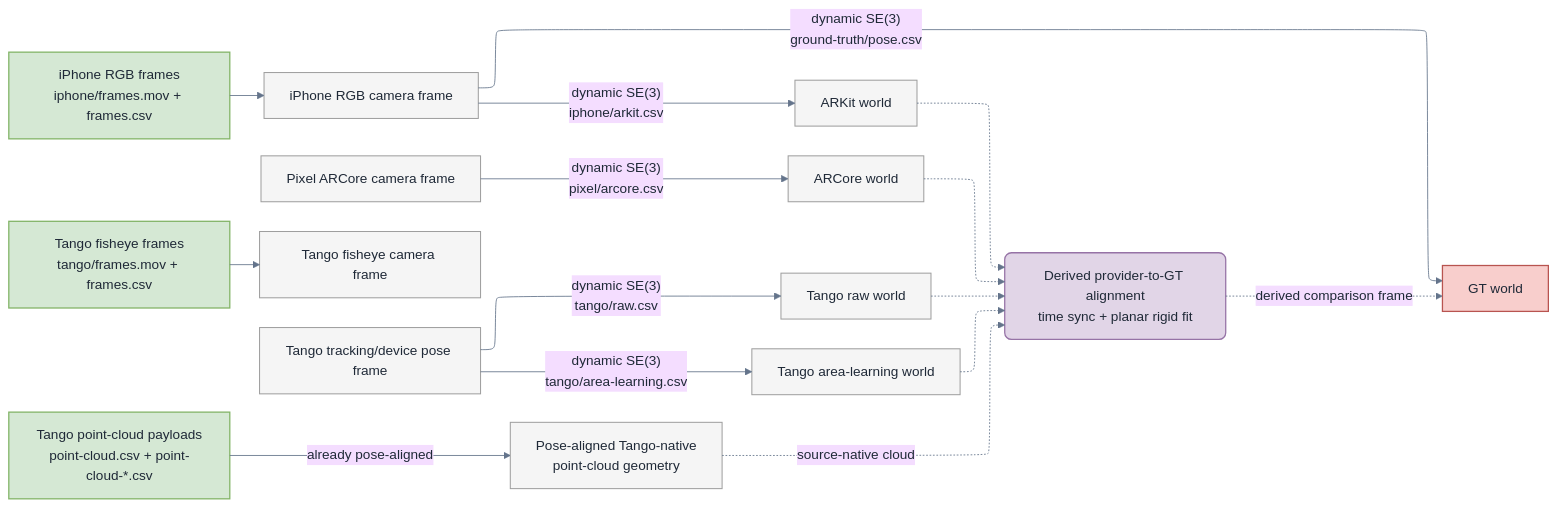
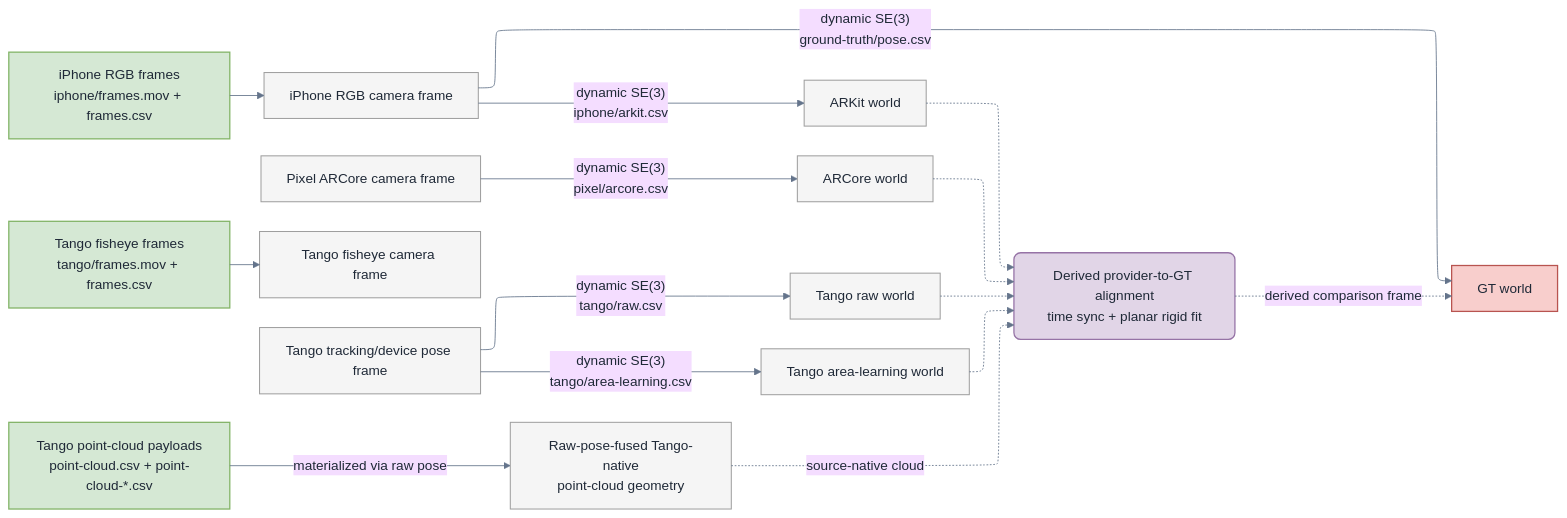
Before and after one commit to JanDuchscherer104/prml-vslam: the diagram in docs/figures/mermaid/advio-transform-tree.mmd, drawn with Mermaid. The commit also changed 13 other files, not shown here.

Commit message:
fix(advio): materialize tango clouds through raw poses

```diff
--- a/docs/figures/mermaid/advio-transform-tree.mmd
+++ b/docs/figures/mermaid/advio-transform-tree.mmd
@@ -1,65 +1,65 @@
 ---
 config:
   theme: base
   htmlLabels: true
   flowchart:
     htmlLabels: true
     nodeSpacing: 28
     rankSpacing: 44
     curve: basis
   layout: elk
   themeVariables:
     background: "#ffffff"
     fontFamily: "Inter, DejaVu Sans, Arial, sans-serif"
     fontSize: "16px"
     primaryTextColor: "#1f2937"
     lineColor: "#64748b"
   themeCSS: |
     .nodeLabel { font-size: 16px; }
     .edgeLabel { font-size: 14px; }
     .cluster-label { font-size: 16px; font-weight: 700; }
 ---
 flowchart LR
   IRGB["iPhone RGB frames<br/>iphone/frames.mov + frames.csv"]
   TRGB["Tango fisheye frames<br/>tango/frames.mov + frames.csv"]
   TPC["Tango point-cloud payloads<br/>point-cloud.csv + point-cloud-*.csv"]
 
   ICAM["iPhone RGB camera frame"]
   PCAM["Pixel ARCore camera frame"]
   TFCAM["Tango fisheye camera frame"]
   TDEV["Tango tracking/device pose frame"]
-  TPN["Pose-aligned Tango-native<br/>point-cloud geometry"]
+  TPN["Raw-pose-fused Tango-native<br/>point-cloud geometry"]
 
   GTW["GT world"]
   ARKW["ARKit world"]
   ARCW["ARCore world"]
   TRW["Tango raw world"]
   TAW["Tango area-learning world"]
   ALIGN["Derived provider-to-GT alignment<br/>time sync + planar rigid fit"]
 
   IRGB --> ICAM
   TRGB --> TFCAM
-  TPC -->|"already pose-aligned"| TPN
+  TPC -->|"materialized via raw pose"| TPN
 
   ICAM -->|"dynamic SE(3)<br/>ground-truth/pose.csv"| GTW
   ICAM -->|"dynamic SE(3)<br/>iphone/arkit.csv"| ARKW
   PCAM -->|"dynamic SE(3)<br/>pixel/arcore.csv"| ARCW
   TDEV -->|"dynamic SE(3)<br/>tango/raw.csv"| TRW
   TDEV -->|"dynamic SE(3)<br/>tango/area-learning.csv"| TAW
 
   ARKW -.-> ALIGN
   ARCW -.-> ALIGN
   TRW -.-> ALIGN
   TAW -.-> ALIGN
   TPN -.->|"source-native cloud"| ALIGN
   ALIGN -.->|"derived comparison frame"| GTW
 
   classDef input fill:#D5E8D4,stroke:#82B366,stroke-width:1.5px,rx:0,ry:0;
   classDef output fill:#F8CECC,stroke:#B85450,stroke-width:1.5px,rx:0,ry:0;
   classDef compute fill:#E1D5E7,stroke:#9673A6,stroke-width:1.5px,rx:8,ry:8;
   classDef data fill:#F5F5F5,stroke:#9E9E9E,stroke-width:1.2px,rx:0,ry:0;
 
   class IRGB,TRGB,TPC input;
   class ICAM,PCAM,TFCAM,TDEV,TPN,ARKW,ARCW,TRW,TAW data;
   class ALIGN compute;
   class GTW output;
```
